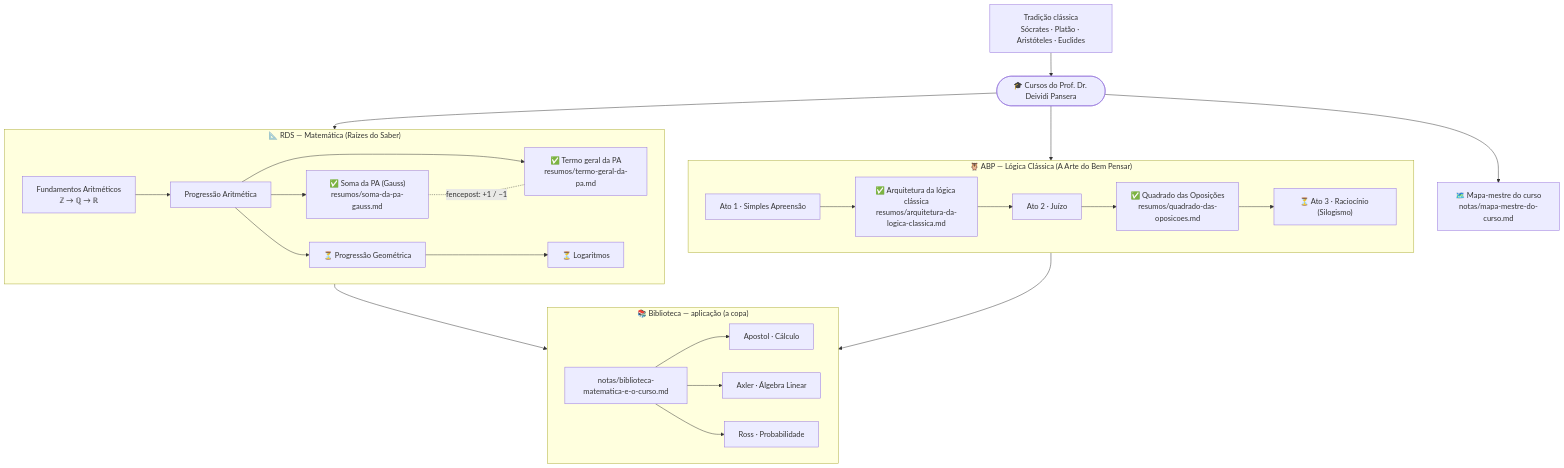
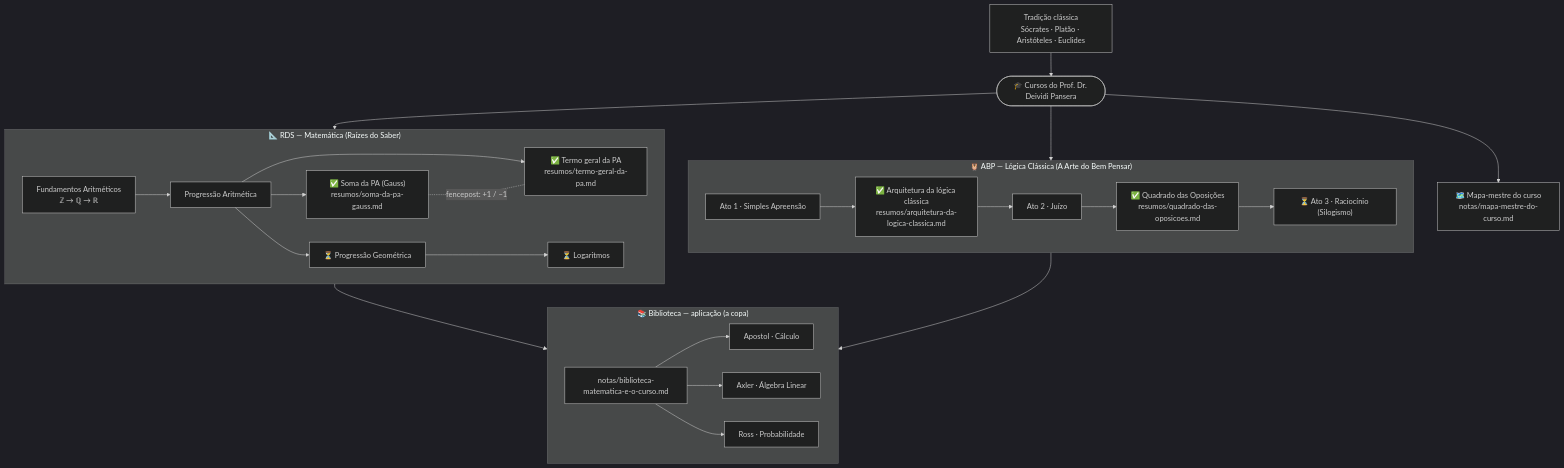
One commit to marcospaula/rds_abp_estudos changed the diagram in README.md. Above: the diagram before and after it, drawn with Mermaid. The commit also changed other lines of this file, not shown here.

Commit message:
docs(readme): grafo em dark mode, cobre RDS+ABP e remove seção interna

````diff
--- a/README.md
+++ b/README.md
@@ -14,46 +17,47 @@
 ```mermaid
+%%{init: {'theme':'dark'}}%%
 graph TD
     TRAD["Tradição clássica<br/>Sócrates · Platão · Aristóteles · Euclides"] --> RAIZ
     RAIZ(["🎓 Cursos do Prof. Dr. Deividi Pansera"]) --> RDS
     RAIZ --> ABP
     RAIZ --> MAPA["🗺️ Mapa-mestre do curso<br/>notas/mapa-mestre-do-curso.md"]
 
     subgraph RDS ["📐 RDS — Matemática (Raízes do Saber)"]
         FUND["Fundamentos Aritméticos<br/>ℤ → ℚ → ℝ"]
         PA["Progressão Aritmética"]
         PASOMA["✅ Soma da PA (Gauss)<br/>resumos/soma-da-pa-gauss.md"]
         PATERMO["✅ Termo geral da PA<br/>resumos/termo-geral-da-pa.md"]
         PG["⏳ Progressão Geométrica"]
         LOG["⏳ Logaritmos"]
         FUND --> PA
         PA --> PASOMA
         PA --> PATERMO
         PA --> PG
         PG --> LOG
         PASOMA -. "fencepost: +1 / −1" .- PATERMO
     end
 
     subgraph ABP ["🦉 ABP — Lógica Clássica (A Arte do Bem Pensar)"]
         ATO1["Ato 1 · Simples Apreensão"]
         ARQ["✅ Arquitetura da lógica clássica<br/>resumos/arquitetura-da-logica-classica.md"]
         ATO2["Ato 2 · Juízo"]
         QUAD["✅ Quadrado das Oposições<br/>resumos/quadrado-das-oposicoes.md"]
         ATO3["⏳ Ato 3 · Raciocínio (Silogismo)"]
         ATO1 --> ARQ
         ARQ --> ATO2
         ATO2 --> QUAD
         QUAD --> ATO3
     end
 
     RDS --> BIB
     ABP --> BIB
     subgraph BIB ["📚 Biblioteca — aplicação (a copa)"]
         BIBNOTA["notas/biblioteca-matematica-e-o-curso.md"]
         APOSTOL["Apostol · Cálculo"]
         AXLER["Axler · Álgebra Linear"]
         ROSS["Ross · Probabilidade"]
         BIBNOTA --> APOSTOL
         BIBNOTA --> AXLER
         BIBNOTA --> ROSS
     end
 ```
````
